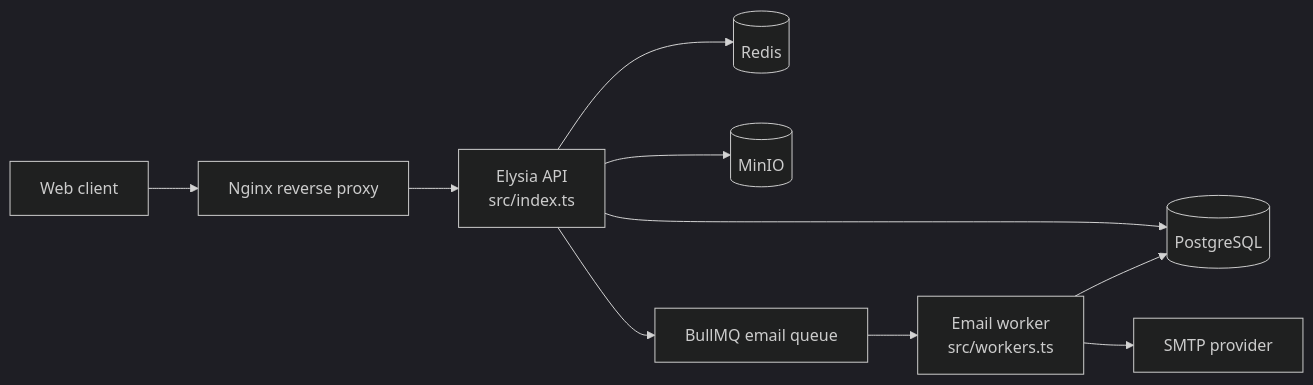
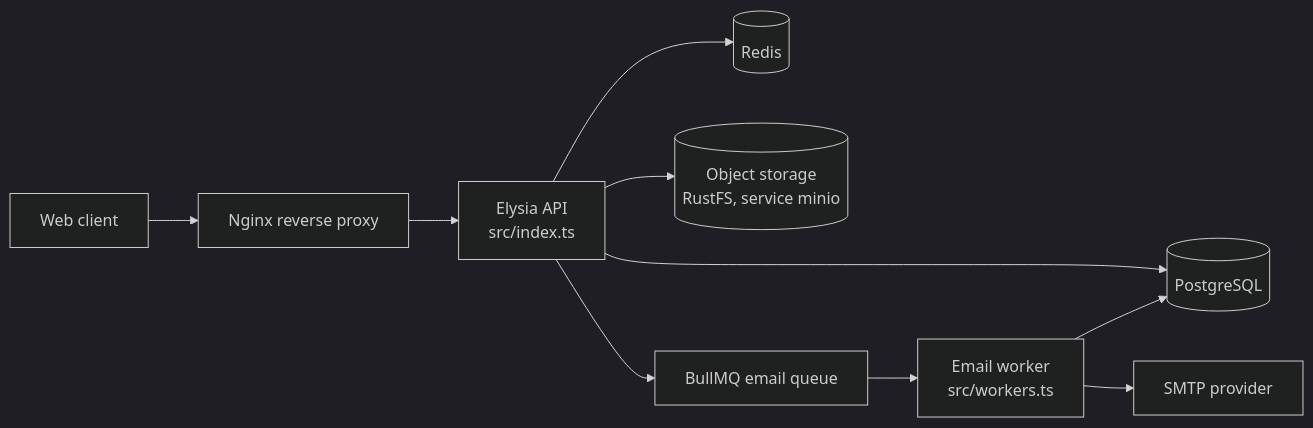
Before and after one commit to rawinan-soma/twhp-api: the diagram in docs/architecture.md, drawn with Mermaid (dark theme). The commit also changed other lines of this file and 18 other files, not shown here.

````diff
--- a/docs/architecture.md
+++ b/docs/architecture.md
@@ -14,12 +14,12 @@
 ```mermaid
 flowchart LR
     Client[Web client] --> Nginx[Nginx reverse proxy]
     Nginx --> API[Elysia API<br/>src/index.ts]
     API --> PG[(PostgreSQL)]
     API --> Redis[(Redis)]
-    API --> MinIO[(MinIO)]
+    API --> MinIO[(Object storage<br/>RustFS, service minio)]
     API --> Queue[BullMQ email queue]
     Queue --> Worker[Email worker<br/>src/workers.ts]
     Worker --> SMTP[SMTP provider]
     Worker --> PG
 ```
````
